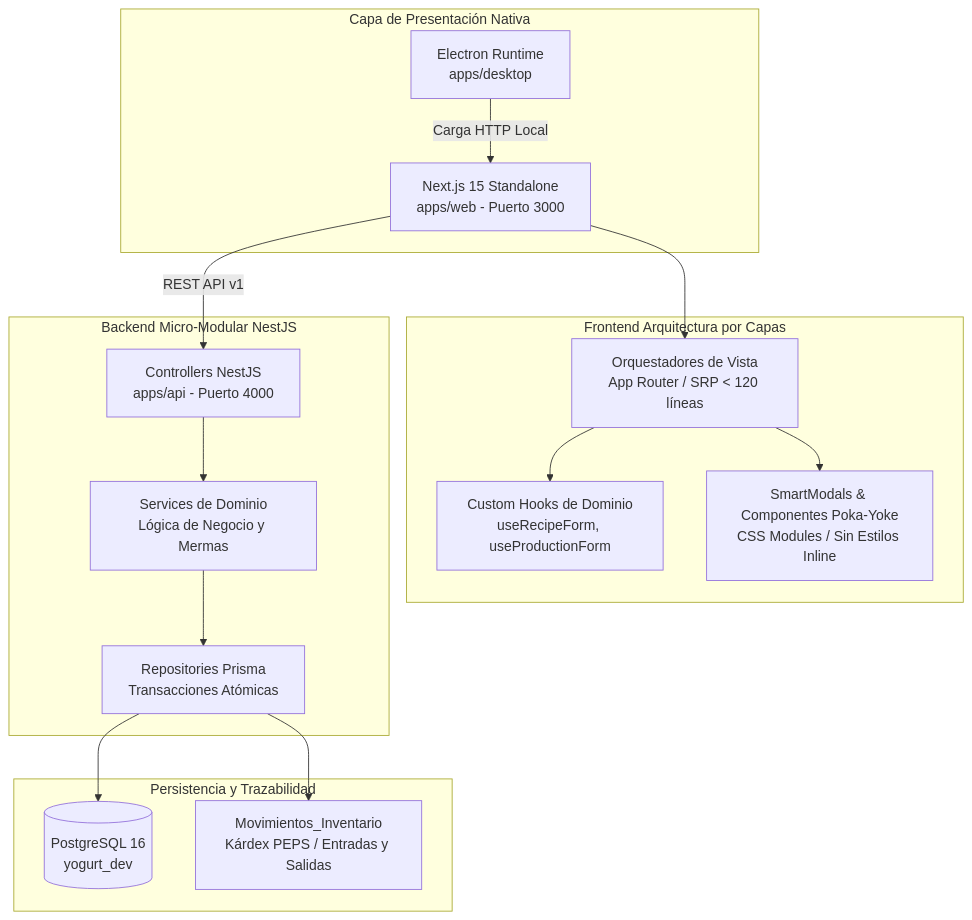
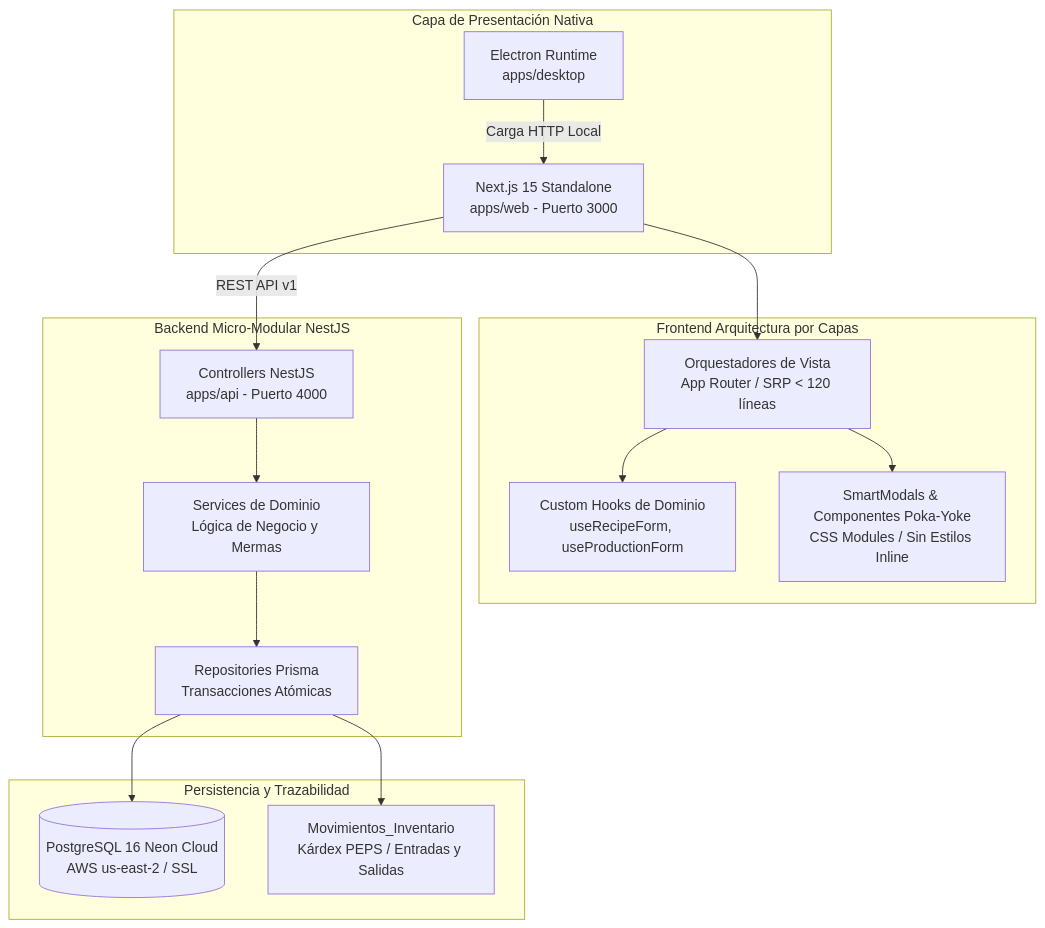
Before and after one commit to luisalfonso2800-crypto/App-Gesti-n-empresarial-de-Yogurt: the diagram in README.md, drawn with Mermaid. The commit also changed other lines of this file, not shown here.

Commit message:
docs: actualizar README con origen real de planta, orquestación de agentes, perfil de autor y roadmap V2

````diff
--- a/README.md
+++ b/README.md
@@ -80,23 +80,23 @@
 ```mermaid
 graph TD
     subgraph Capa de Presentación Nativa
         E[Electron Runtime<br/>apps/desktop] -->|Carga HTTP Local| W[Next.js 15 Standalone<br/>apps/web - Puerto 3000]
     end
 
     subgraph Frontend Arquitectura por Capas
         W --> Views[Orquestadores de Vista<br/>App Router / SRP &lt; 120 líneas]
         Views --> Hooks[Custom Hooks de Dominio<br/>useRecipeForm, useProductionForm]
         Views --> Modals[SmartModals &amp; Componentes Poka-Yoke<br/>CSS Modules / Sin Estilos Inline]
     end
 
     subgraph Backend Micro-Modular NestJS
         W -->|REST API v1| C[Controllers NestJS<br/>apps/api - Puerto 4000]
         C --> S[Services de Dominio<br/>Lógica de Negocio y Mermas]
         S --> R[Repositories Prisma<br/>Transacciones Atómicas]
     end
 
     subgraph Persistencia y Trazabilidad
-        R --> DB[(PostgreSQL 16<br/>yogurt_dev)]
+        R --> DB[(PostgreSQL 16 Neon Cloud<br/>AWS us-east-2 / SSL)]
         R --> KDX[Movimientos_Inventario<br/>Kárdex PEPS / Entradas y Salidas]
     end
 ```
````
